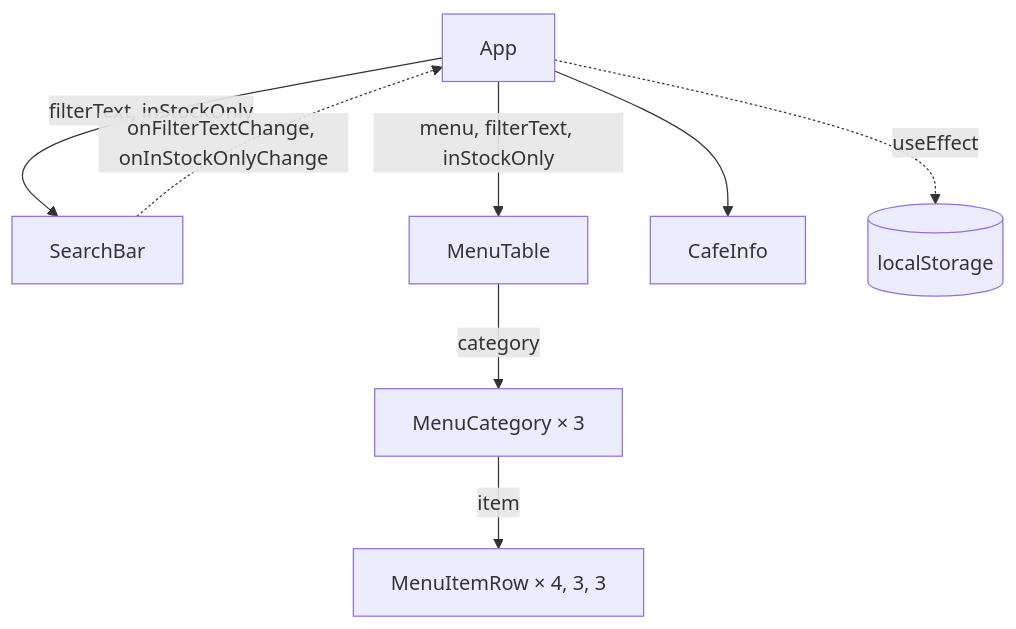
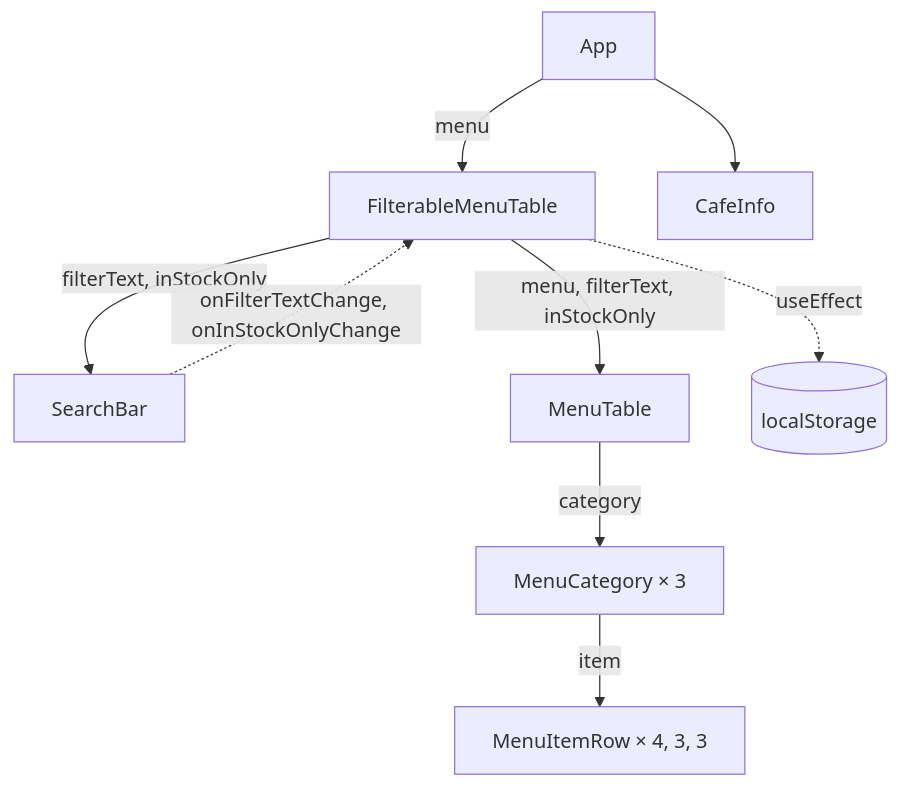
One commit to IlliaBorshchuk2007/react-labs changed the diagram in lab-4/README.md. Above: the diagram before and after it, drawn with Mermaid. The commit also changed other lines of this file, not shown here.

Commit message:
docs: compare renders before and after state colocation

````diff
--- a/lab-4/README.md
+++ b/lab-4/README.md
@@ -31,10 +31,11 @@
 ```mermaid
 flowchart TD
-  App -->|"filterText, inStockOnly"| SearchBar
-  App -->|"menu, filterText, inStockOnly"| MenuTable
+  App -->|menu| FilterableMenuTable
   App --> CafeInfo
+  FilterableMenuTable -->|"filterText, inStockOnly"| SearchBar
+  FilterableMenuTable -->|"menu, filterText, inStockOnly"| MenuTable
   MenuTable -->|category| MenuCategory["MenuCategory × 3"]
   MenuCategory -->|item| MenuItemRow["MenuItemRow × 4, 3, 3"]
-  SearchBar -.->|"onFilterTextChange, onInStockOnlyChange"| App
-  App -.->|useEffect| LocalStorage[("localStorage")]
+  SearchBar -.->|"onFilterTextChange, onInStockOnlyChange"| FilterableMenuTable
+  FilterableMenuTable -.->|useEffect| LocalStorage[("localStorage")]
 ```
````
